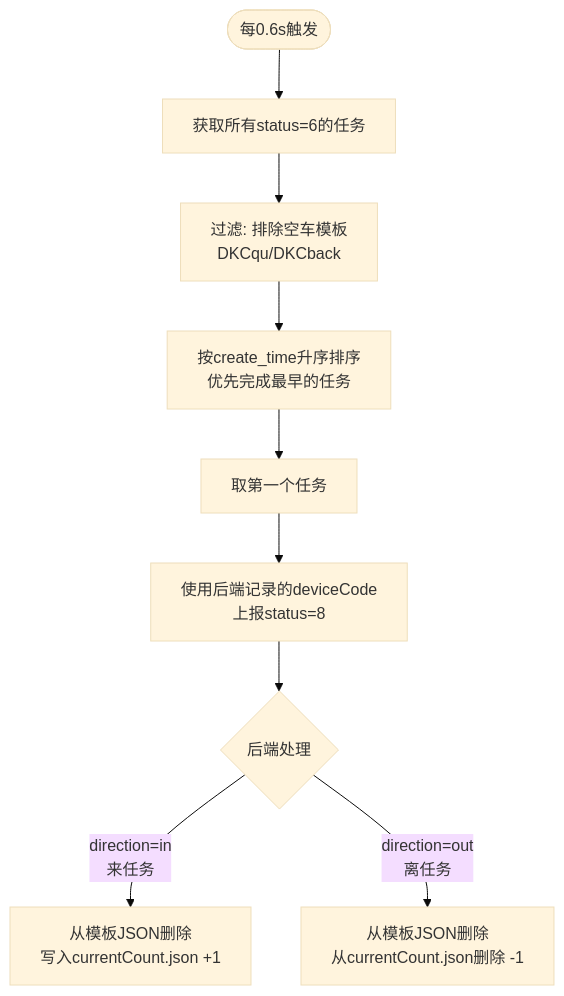
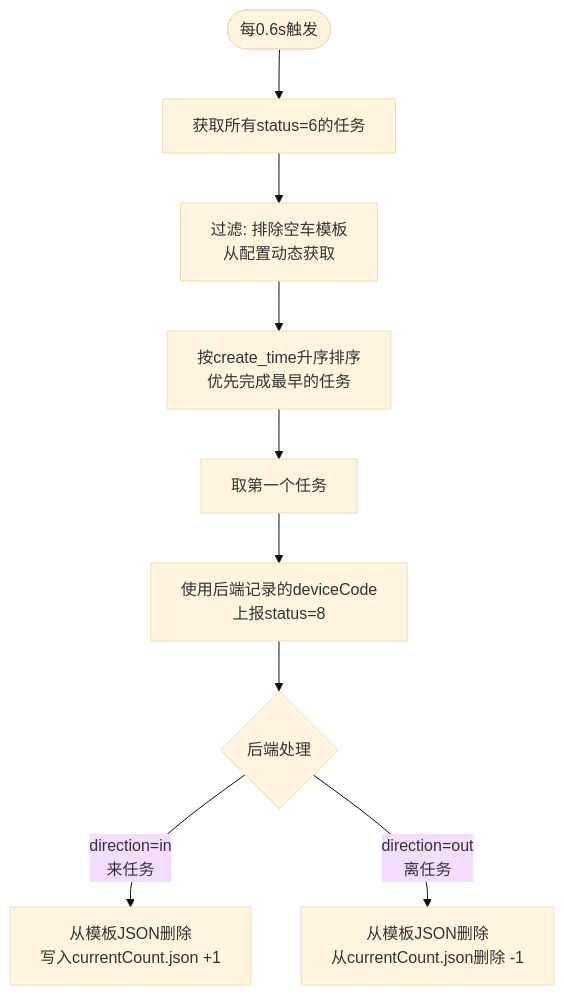
Before and after one commit to 1021143806/toolsForPersonal: the third of 6 diagrams in projects/agv_system/app/cross_env_manager/test/调车模块压力测试/README.md, drawn with Mermaid (base theme). The commit also changed other lines of this file and 6 other files, not shown here.

````diff
--- a/projects/agv_system/app/cross_env_manager/test/调车模块压力测试/README.md
+++ b/projects/agv_system/app/cross_env_manager/test/调车模块压力测试/README.md
@@ -47,11 +47,11 @@
 ```mermaid
 flowchart TD
     START([每0.6s触发]) --> GET[获取所有status=6的任务]
-    GET --> FILTER[过滤: 排除空车模板<br/>DKCqu/DKCback]
+    GET -->    FILTER[过滤: 排除空车模板<br/>从配置动态获取]
     FILTER --> SORT[按create_time升序排序<br/>优先完成最早的任务]
     SORT --> PICK[取第一个任务]
     PICK --> REPORT[使用后端记录的deviceCode<br/>上报status=8]
     REPORT --> BACKEND{后端处理}
     BACKEND -->|direction=in<br/>来任务| IN[从模板JSON删除<br/>写入currentCount.json +1]
     BACKEND -->|direction=out<br/>离任务| OUT[从模板JSON删除<br/>从currentCount.json删除 -1]
 ```
````
